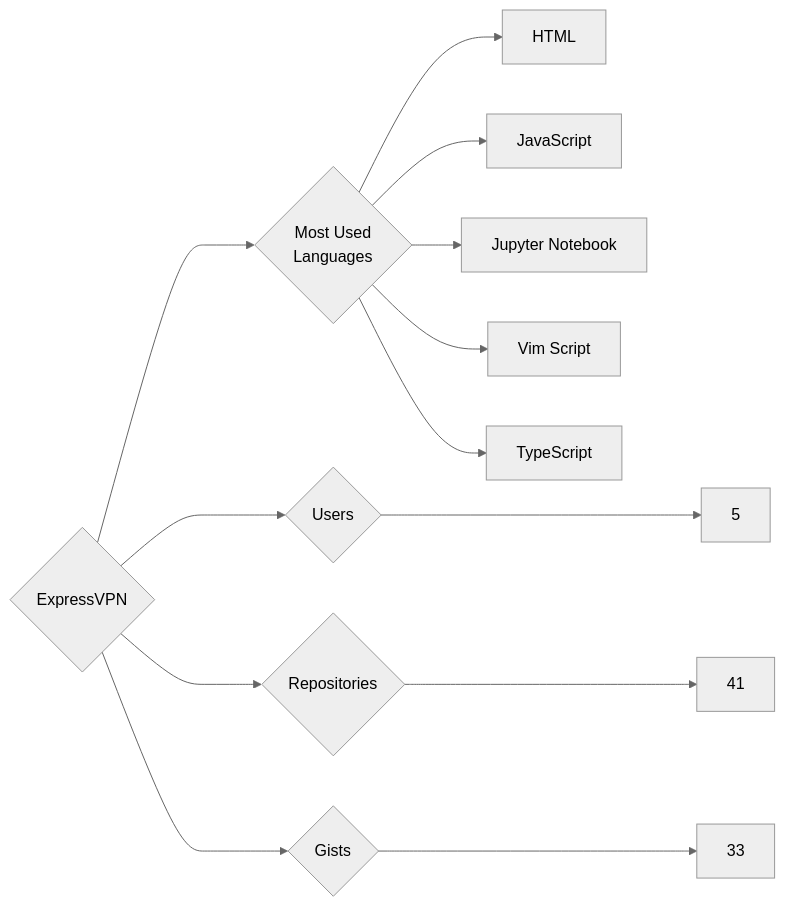
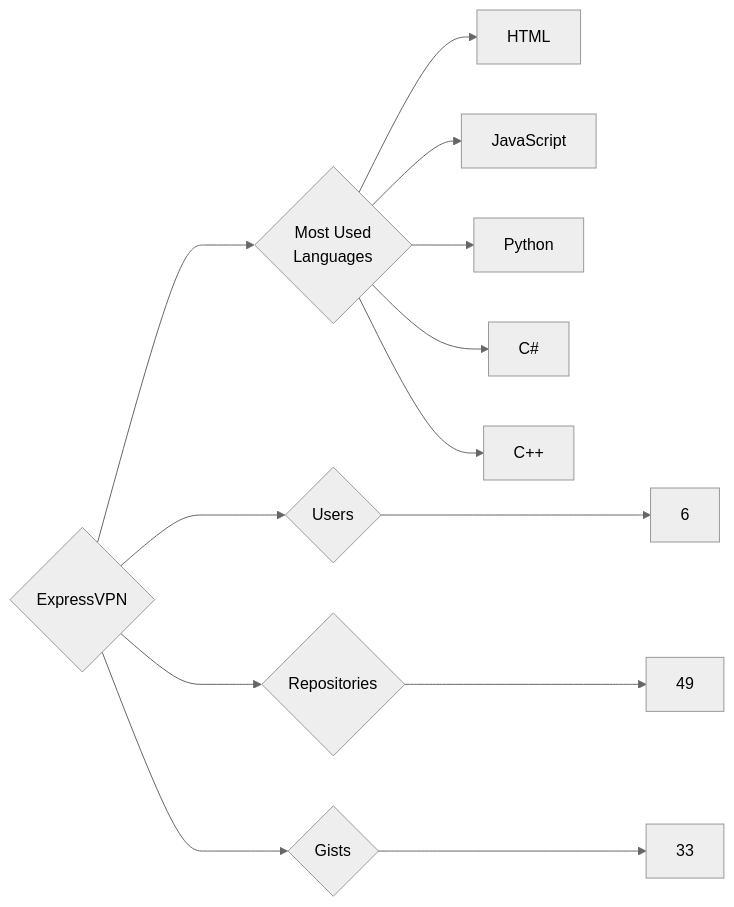
One commit to trickest/insiders changed the diagram in targets/ExpressVPN/README.md. Above: the diagram before and after it, drawn with Mermaid (neutral theme). The commit also changed 1123 other files, not shown here.

````diff
--- a/targets/ExpressVPN/README.md
+++ b/targets/ExpressVPN/README.md
@@ -3,13 +3,13 @@
 ```mermaid
 graph LR
 COMPANY_NAME{ExpressVPN}
-COMPANY_NAME ---> U{Users} ---> UN[5]
-COMPANY_NAME ---> R{Repositories} ---> RN[41]
+COMPANY_NAME ---> U{Users} ---> UN[6]
+COMPANY_NAME ---> R{Repositories} ---> RN[49]
 COMPANY_NAME ---> G{Gists} ---> GN[33]
 COMPANY_NAME ---> ML{Most Used<br>Languages}
 ML --> HTML[HTML]
 ML --> JavaScript[JavaScript]
-ML --> Jupyter_Notebook[Jupyter Notebook]
-ML --> Vim_Script[Vim Script]
-ML --> TypeScript[TypeScript]
+ML --> Python[Python]
+ML --> C#[C#]
+ML --> C++[C++]
 ```
````
